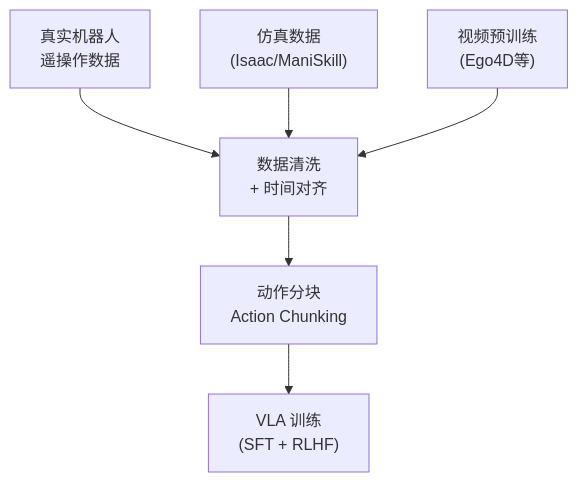
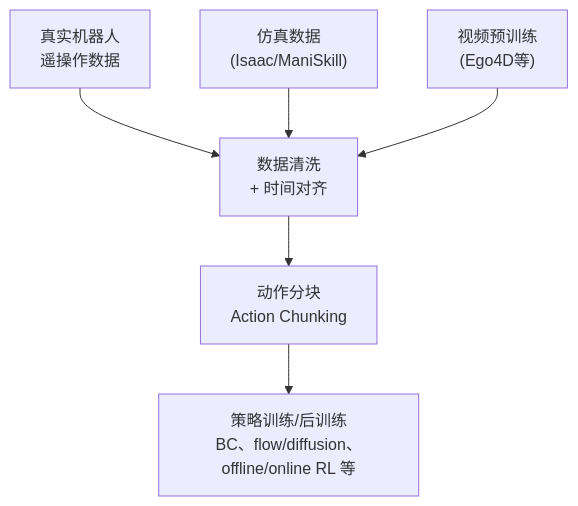
The third of 6 diagrams in 26_世界模型与具身AI.md (BeefWrap4/LLM-Knowledge-Base), drawn with Mermaid before and after one commit. The commit also changed other lines of this file and 454 other files, not shown here.

````diff
--- a/26_世界模型与具身AI.md
+++ b/26_世界模型与具身AI.md
@@ -71,8 +78,8 @@
 ```mermaid
 graph TB
     A["真实机器人<br/>遥操作数据"] --> B["数据清洗<br/>+ 时间对齐"]
     C["仿真数据<br/>(Isaac/ManiSkill)"] --> B
     D["视频预训练<br/>(Ego4D等)"] --> B
     B --> E["动作分块<br/>Action Chunking"]
-    E --> F["VLA 训练<br/>(SFT + RLHF)"]
+    E --> F["策略训练/后训练<br/>BC、flow/diffusion、offline/online RL 等"]
 ```
````
